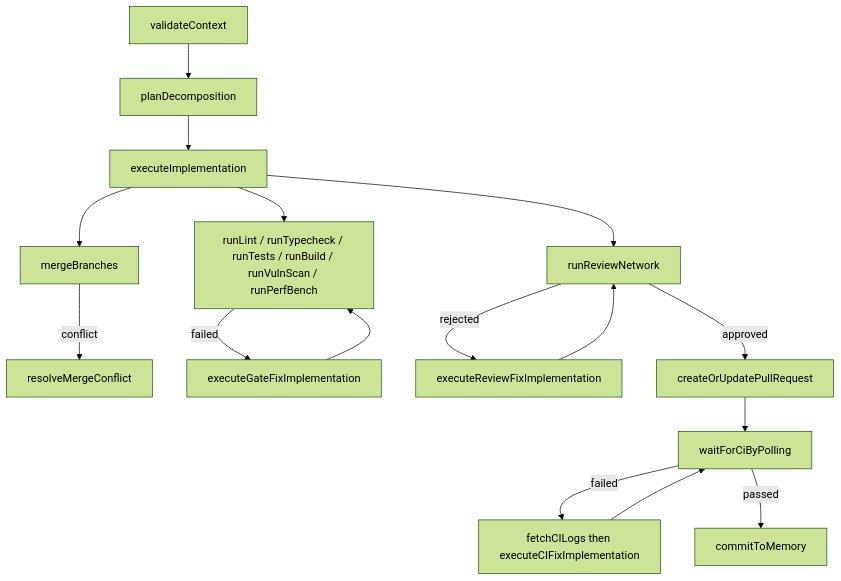
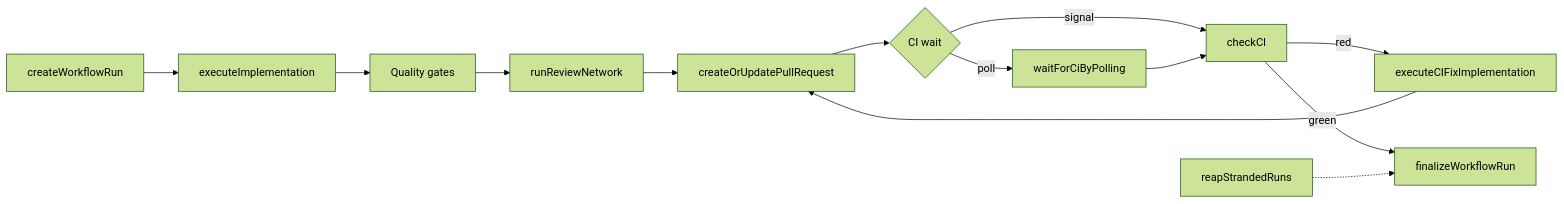
One commit to yorch/auto-swe changed the diagram in wiki/4.2-activities.md. Above: the diagram before and after it, drawn with Mermaid (forest theme). The commit also changed other lines of this file and 30 other files, not shown here.

````diff
--- a/wiki/4.2-activities.md
+++ b/wiki/4.2-activities.md
@@ -50,18 +78,15 @@
 ```mermaid
-flowchart TD
-    VC[validateContext] --> PD[planDecomposition]
-    PD --> EI[executeImplementation]
-    EI --> MB[mergeBranches]
-    MB -->|conflict| RMC[resolveMergeConflict]
-    EI --> QG[runLint / runTypecheck / runTests / runBuild / runVulnScan / runPerfBench]
-    QG -->|failed| GF[executeGateFixImplementation]
-    GF --> QG
-    EI --> RN[runReviewNetwork]
-    RN -->|rejected| RF[executeReviewFixImplementation]
-    RF --> RN
-    RN -->|approved| PR[createOrUpdatePullRequest]
-    PR --> CI[waitForCiByPolling]
-    CI -->|failed| CF[fetchCILogs then executeCIFixImplementation]
-    CF --> CI
-    CI -->|passed| CM[commitToMemory]
+flowchart LR
+  A[createWorkflowRun] --> B[executeImplementation]
+  B --> C[Quality gates]
+  C --> D[runReviewNetwork]
+  D --> E[createOrUpdatePullRequest]
+  E --> F{CI wait}
+  F -->|signal| G[checkCI]
+  F -->|poll| H[waitForCiByPolling]
+  H --> G
+  G -->|red| I[executeCIFixImplementation]
+  I --> E
+  G -->|green| J[finalizeWorkflowRun]
+  K[reapStrandedRuns] -.-> J
 ```
````
